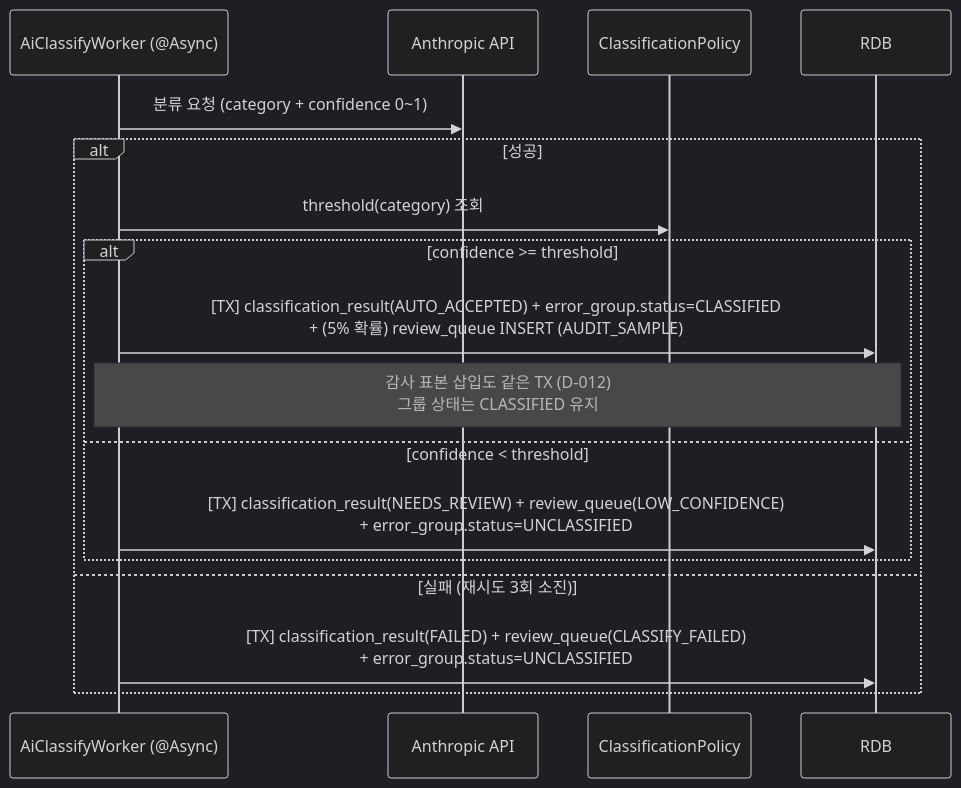
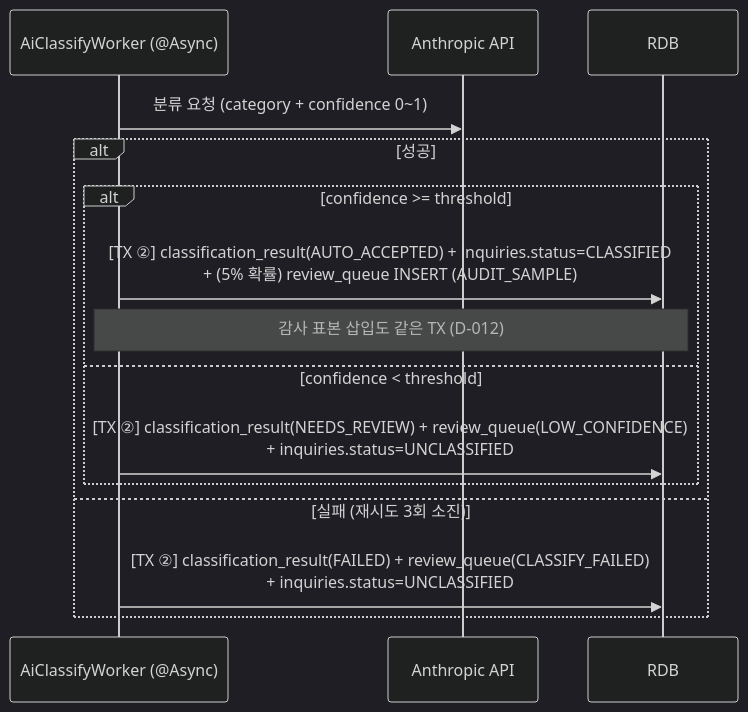
The second of 3 diagrams in PRD.md (GaeChwiRpg/dingco-1-team-01), drawn with Mermaid (dark theme) before and after one commit. The commit also changed other lines of this file and 1 other file, not shown here.

````diff
--- a/PRD.md
+++ b/PRD.md
@@ -182,21 +229,19 @@
 ```mermaid
 sequenceDiagram
     participant W as AiClassifyWorker (@Async)
     participant AI as Anthropic API
-    participant P as ClassificationPolicy
     participant DB as RDB
 
     W->>AI: 분류 요청 (category + confidence 0~1)
 
     alt 성공
-        W->>P: threshold(category) 조회
         alt confidence >= threshold
-            W->>DB: [TX] classification_result(AUTO_ACCEPTED) + error_group.status=CLASSIFIED<br/>+ (5% 확률) review_queue INSERT (AUDIT_SAMPLE)
-            Note over W,DB: 감사 표본 삽입도 같은 TX (D-012)<br/>그룹 상태는 CLASSIFIED 유지
+            W->>DB: [TX ②] classification_result(AUTO_ACCEPTED) + inquiries.status=CLASSIFIED<br/>+ (5% 확률) review_queue INSERT (AUDIT_SAMPLE)
+            Note over W,DB: 감사 표본 삽입도 같은 TX (D-012)
         else confidence < threshold
-            W->>DB: [TX] classification_result(NEEDS_REVIEW) + review_queue(LOW_CONFIDENCE)<br/>+ error_group.status=UNCLASSIFIED
+            W->>DB: [TX ②] classification_result(NEEDS_REVIEW) + review_queue(LOW_CONFIDENCE)<br/>+ inquiries.status=UNCLASSIFIED
         end
     else 실패 (재시도 3회 소진)
-        W->>DB: [TX] classification_result(FAILED) + review_queue(CLASSIFY_FAILED)<br/>+ error_group.status=UNCLASSIFIED
+        W->>DB: [TX ②] classification_result(FAILED) + review_queue(CLASSIFY_FAILED)<br/>+ inquiries.status=UNCLASSIFIED
     end
 ```
````
